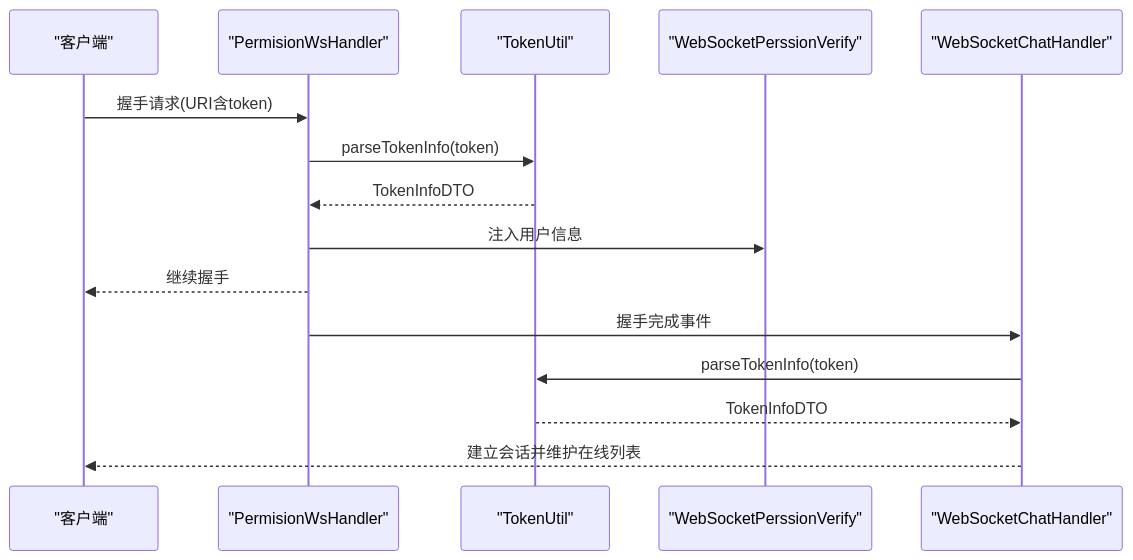
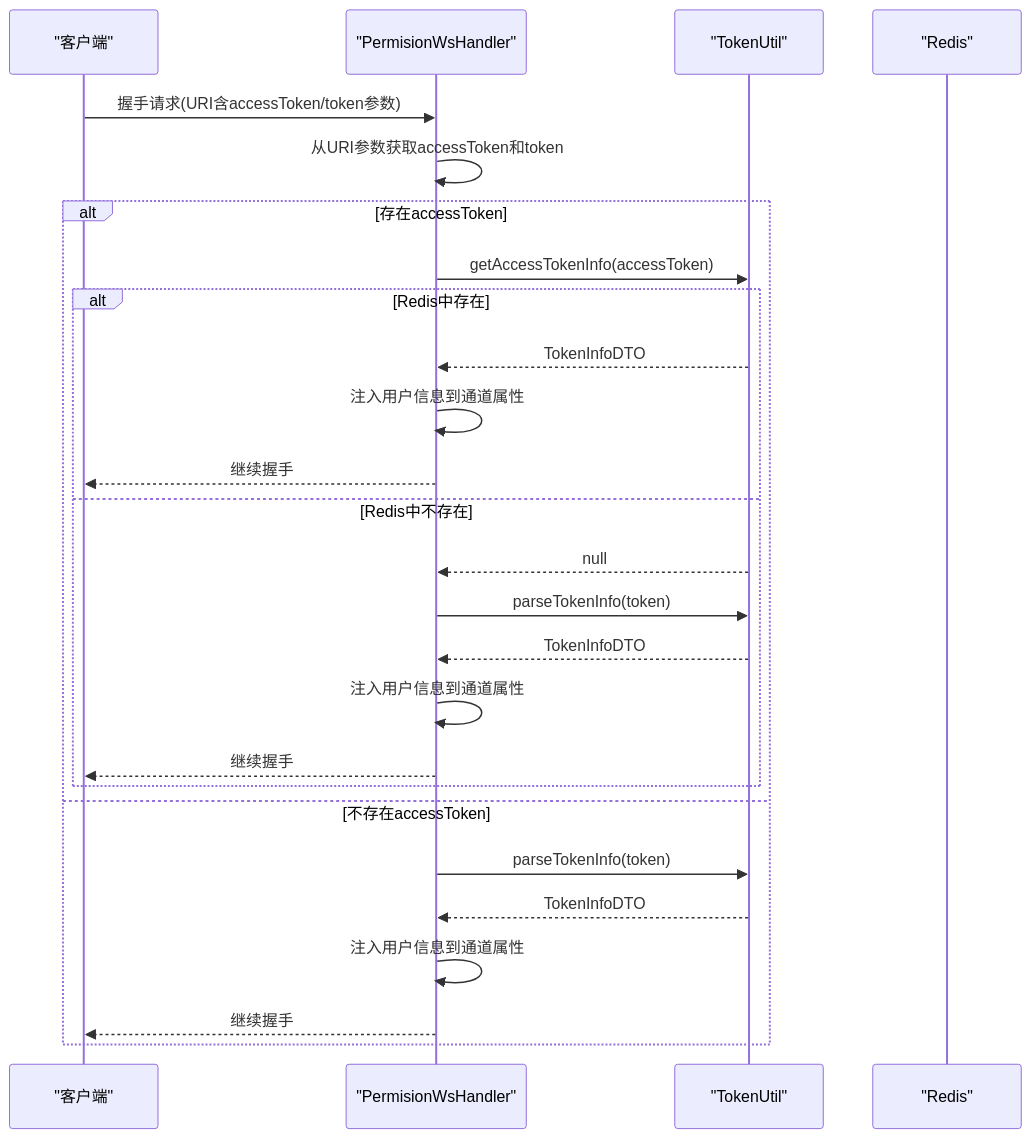
One commit to liftp/chat_simple changed the ninth of 10 diagrams in .qoder/repowiki/zh/content/安全与认证/JWT认证机制.md. Above: the diagram before and after it, drawn with Mermaid. The commit also changed other lines of this file and 6 other files, not shown here.

````diff
--- a/.qoder/repowiki/zh/content/安全与认证/JWT认证机制.md
+++ b/.qoder/repowiki/zh/content/安全与认证/JWT认证机制.md
@@ -300,17 +374,28 @@
 ```mermaid
 sequenceDiagram
 participant Client as "客户端"
 participant PWH as "PermisionWsHandler"
 participant TU as "TokenUtil"
-participant WSV as "WebSocketPerssionVerify"
-participant WSH as "WebSocketChatHandler"
-Client->>PWH : 握手请求(URI含token)
+participant Redis as "Redis"
+Client->>PWH : 握手请求(URI含accessToken/token参数)
+PWH->>PWH : 从URI参数获取accessToken和token
+alt 存在accessToken
+PWH->>TU : getAccessTokenInfo(accessToken)
+alt Redis中存在
+TU-->>PWH : TokenInfoDTO
+PWH->>PWH : 注入用户信息到通道属性
+PWH-->>Client : 继续握手
+else Redis中不存在
+TU-->>PWH : null
 PWH->>TU : parseTokenInfo(token)
 TU-->>PWH : TokenInfoDTO
-PWH->>WSV : 注入用户信息
+PWH->>PWH : 注入用户信息到通道属性
 PWH-->>Client : 继续握手
-PWH->>WSH : 握手完成事件
-WSH->>TU : parseTokenInfo(token)
-TU-->>WSH : TokenInfoDTO
-WSH-->>Client : 建立会话并维护在线列表
+end
+else 不存在accessToken
+PWH->>TU : parseTokenInfo(token)
+TU-->>PWH : TokenInfoDTO
+PWH->>PWH : 注入用户信息到通道属性
+PWH-->>Client : 继续握手
+end
 ```
````
